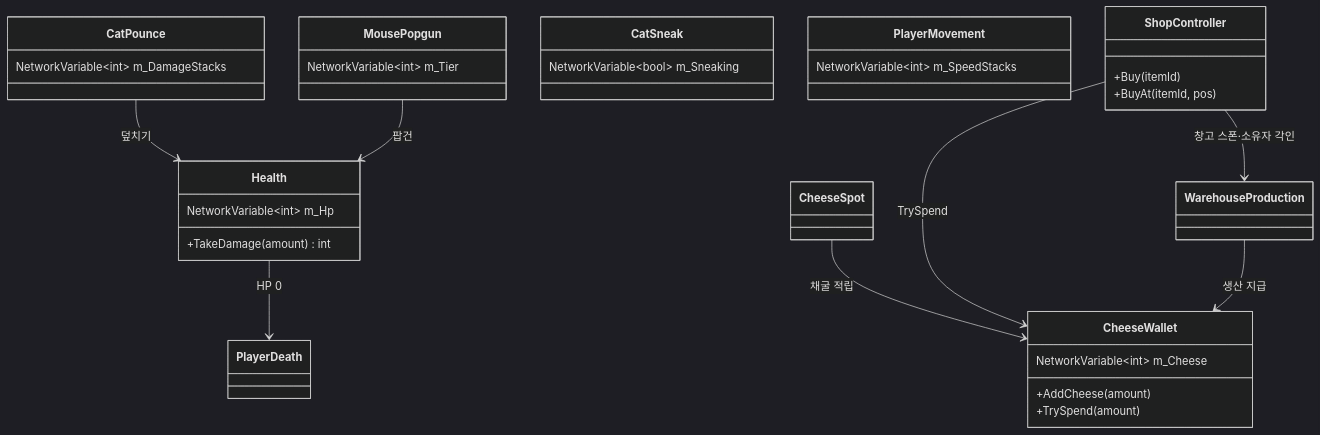
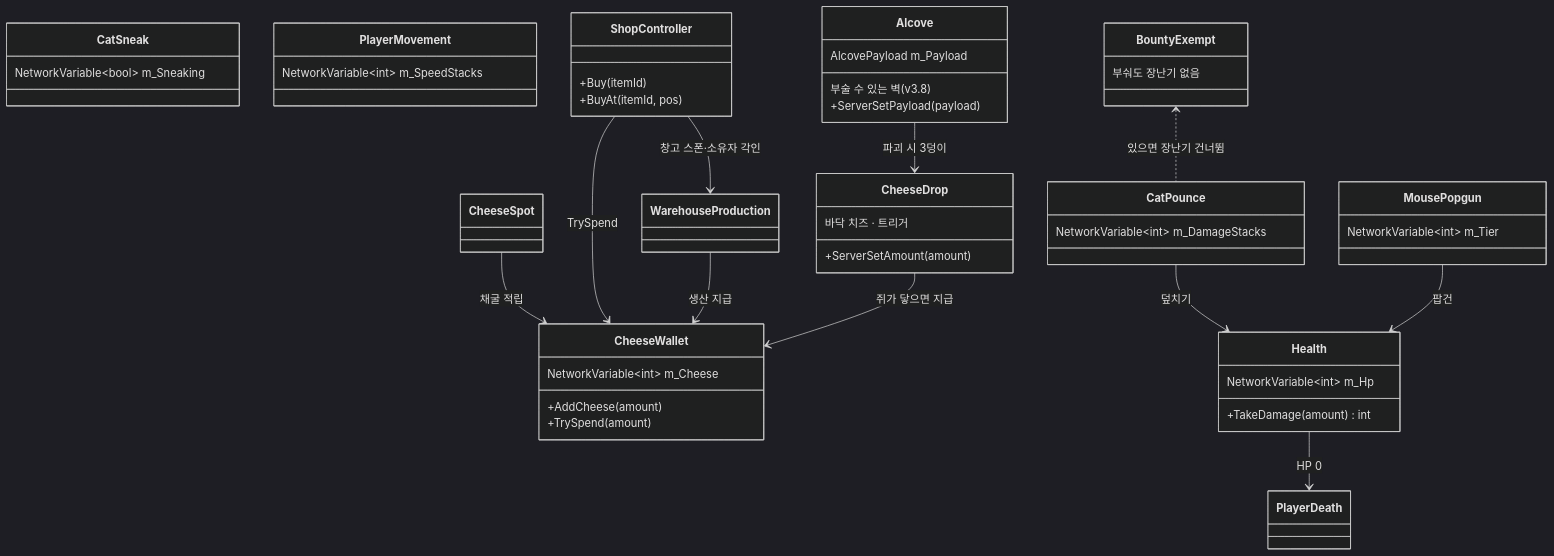
The sixth of 13 diagrams in CTC/docs/design-vault/코드 다이어그램.md (JeahanPark/The-Cheese-Thief-and-the-Cat), drawn with Mermaid (dark theme) before and after one commit. The commit also changed other lines of this file and 52 other files, not shown here.

````diff
--- a/CTC/docs/design-vault/코드 다이어그램.md
+++ b/CTC/docs/design-vault/코드 다이어그램.md
@@ -135,38 +140,53 @@
 ```mermaid
 classDiagram
     direction TB
 
     class CheeseWallet {
         NetworkVariable~int~ m_Cheese
         +AddCheese(amount)
         +TrySpend(amount)
     }
     class Health {
         NetworkVariable~int~ m_Hp
         +TakeDamage(amount) int
     }
     class CatPounce {
         NetworkVariable~int~ m_DamageStacks
     }
     class MousePopgun {
         NetworkVariable~int~ m_Tier
     }
     class CatSneak {
         NetworkVariable~bool~ m_Sneaking
     }
     class PlayerMovement {
         NetworkVariable~int~ m_SpeedStacks
     }
     class ShopController {
         +Buy(itemId)
         +BuyAt(itemId, pos)
     }
+    class Alcove {
+        부술 수 있는 벽 (v3.8)
+        AlcovePayload m_Payload
+        +ServerSetPayload(payload)
+    }
+    class CheeseDrop {
+        바닥 치즈 · 트리거
+        +ServerSetAmount(amount)
+    }
+    class BountyExempt {
+        부숴도 장난기 없음
+    }
 
     CheeseSpot --> CheeseWallet : 채굴 적립
     ShopController --> CheeseWallet : TrySpend
     ShopController --> WarehouseProduction : 창고 스폰·소유자 각인
     WarehouseProduction --> CheeseWallet : 생산 지급
     CatPounce --> Health : 덮치기
     MousePopgun --> Health : 팝건
     Health --> PlayerDeath : HP 0
+    Alcove --> CheeseDrop : 파괴 시 3덩이
+    CheeseDrop --> CheeseWallet : 쥐가 닿으면 지급
+    BountyExempt <.. CatPounce : 있으면 장난기 건너뜀
 ```
````
